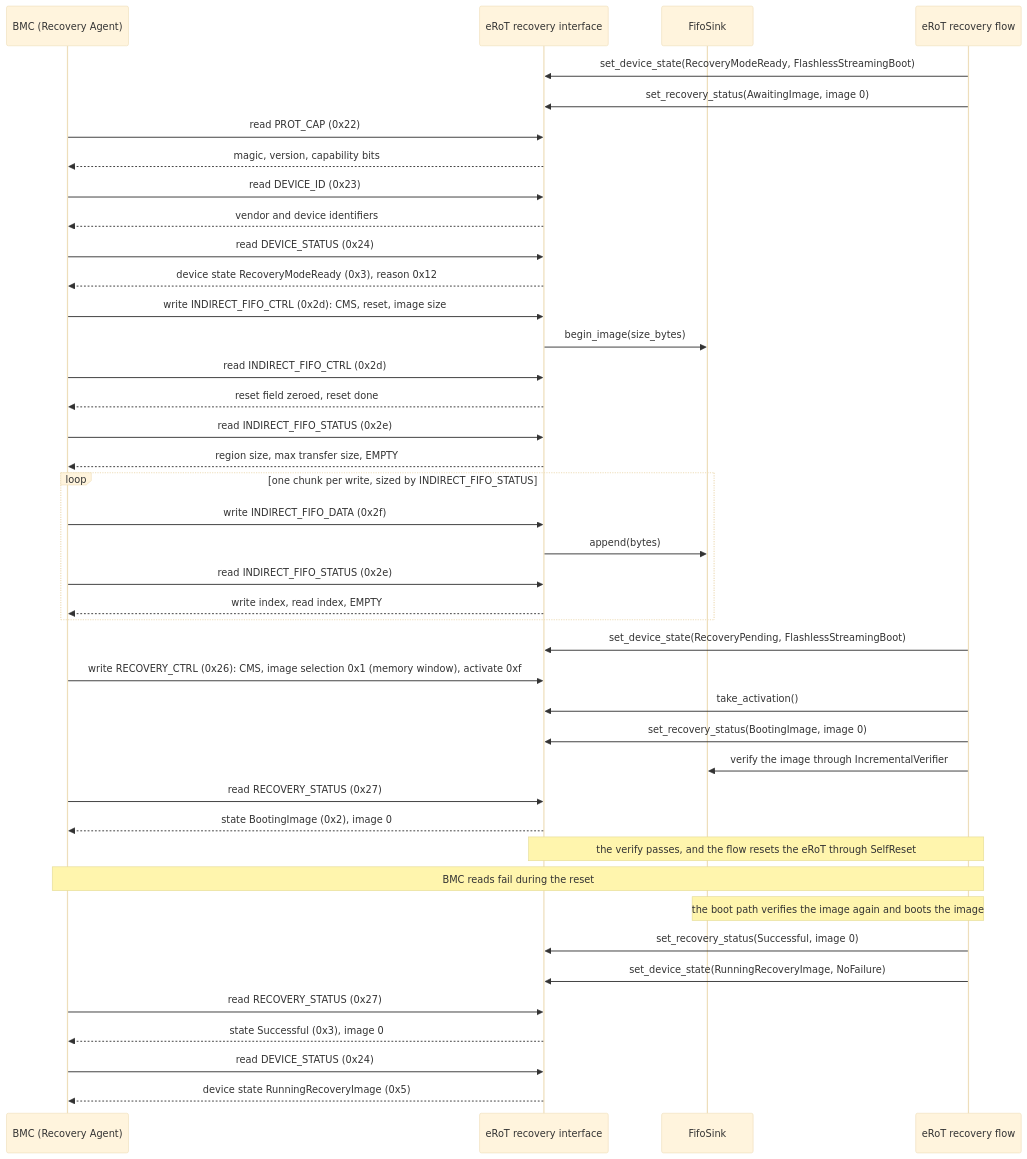
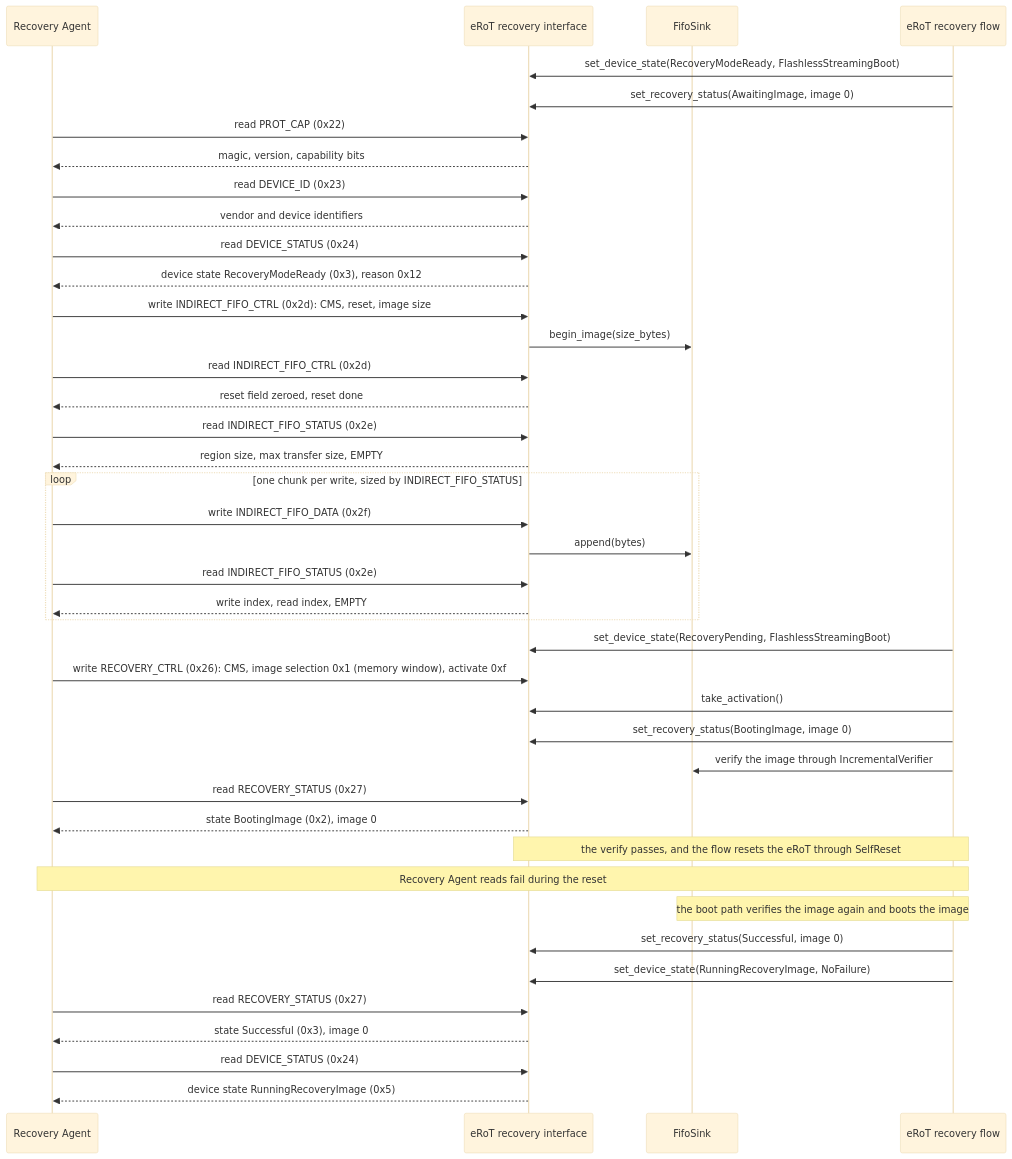
The first of 3 diagrams in docs/src/design/ocp-recovery.md (OpenPRoT/openprot), drawn with Mermaid (base theme) before and after one commit. The commit also changed other lines of this file and 2 other files, not shown here.

First line of the commit message:
docs: Name the Recovery Agent by role in the OCP Recovery design

````diff
--- a/docs/src/design/ocp-recovery.md
+++ b/docs/src/design/ocp-recovery.md
@@ -75,51 +77,51 @@
 ```mermaid
 sequenceDiagram
-    participant BMC as BMC (Recovery Agent)
+    participant RA as Recovery Agent
     participant RF as eRoT recovery interface
     participant Staging as FifoSink
     participant Flow as eRoT recovery flow
 
     Flow->>RF: set_device_state(RecoveryModeReady, FlashlessStreamingBoot)
     Flow->>RF: set_recovery_status(AwaitingImage, image 0)
 
-    BMC->>RF: read PROT_CAP (0x22)
-    RF-->>BMC: magic, version, capability bits
-    BMC->>RF: read DEVICE_ID (0x23)
-    RF-->>BMC: vendor and device identifiers
-    BMC->>RF: read DEVICE_STATUS (0x24)
-    RF-->>BMC: device state RecoveryModeReady (0x3), reason 0x12
+    RA->>RF: read PROT_CAP (0x22)
+    RF-->>RA: magic, version, capability bits
+    RA->>RF: read DEVICE_ID (0x23)
+    RF-->>RA: vendor and device identifiers
+    RA->>RF: read DEVICE_STATUS (0x24)
+    RF-->>RA: device state RecoveryModeReady (0x3), reason 0x12
 
-    BMC->>RF: write INDIRECT_FIFO_CTRL (0x2d): CMS, reset, image size
+    RA->>RF: write INDIRECT_FIFO_CTRL (0x2d): CMS, reset, image size
     RF->>Staging: begin_image(size_bytes)
-    BMC->>RF: read INDIRECT_FIFO_CTRL (0x2d)
-    RF-->>BMC: reset field zeroed, reset done
-    BMC->>RF: read INDIRECT_FIFO_STATUS (0x2e)
-    RF-->>BMC: region size, max transfer size, EMPTY
+    RA->>RF: read INDIRECT_FIFO_CTRL (0x2d)
+    RF-->>RA: reset field zeroed, reset done
+    RA->>RF: read INDIRECT_FIFO_STATUS (0x2e)
+    RF-->>RA: region size, max transfer size, EMPTY
 
     loop one chunk per write, sized by INDIRECT_FIFO_STATUS
-        BMC->>RF: write INDIRECT_FIFO_DATA (0x2f)
+        RA->>RF: write INDIRECT_FIFO_DATA (0x2f)
         RF->>Staging: append(bytes)
-        BMC->>RF: read INDIRECT_FIFO_STATUS (0x2e)
-        RF-->>BMC: write index, read index, EMPTY
+        RA->>RF: read INDIRECT_FIFO_STATUS (0x2e)
+        RF-->>RA: write index, read index, EMPTY
     end
 
     Flow->>RF: set_device_state(RecoveryPending, FlashlessStreamingBoot)
 
-    BMC->>RF: write RECOVERY_CTRL (0x26): CMS, image selection 0x1 (memory window), activate 0xf
+    RA->>RF: write RECOVERY_CTRL (0x26): CMS, image selection 0x1 (memory window), activate 0xf
     Flow->>RF: take_activation()
     Flow->>RF: set_recovery_status(BootingImage, image 0)
     Flow->>Staging: verify the image through IncrementalVerifier
-    BMC->>RF: read RECOVERY_STATUS (0x27)
-    RF-->>BMC: state BootingImage (0x2), image 0
+    RA->>RF: read RECOVERY_STATUS (0x27)
+    RF-->>RA: state BootingImage (0x2), image 0
 
     Note over RF,Flow: the verify passes, and the flow resets the eRoT through SelfReset
-    Note over BMC,Flow: BMC reads fail during the reset
+    Note over RA,Flow: Recovery Agent reads fail during the reset
     Note over Staging,Flow: the boot path verifies the image again and boots the image
 
     Flow->>RF: set_recovery_status(Successful, image 0)
     Flow->>RF: set_device_state(RunningRecoveryImage, NoFailure)
-    BMC->>RF: read RECOVERY_STATUS (0x27)
-    RF-->>BMC: state Successful (0x3), image 0
-    BMC->>RF: read DEVICE_STATUS (0x24)
-    RF-->>BMC: device state RunningRecoveryImage (0x5)
+    RA->>RF: read RECOVERY_STATUS (0x27)
+    RF-->>RA: state Successful (0x3), image 0
+    RA->>RF: read DEVICE_STATUS (0x24)
+    RF-->>RA: device state RunningRecoveryImage (0x5)
 ```
````
